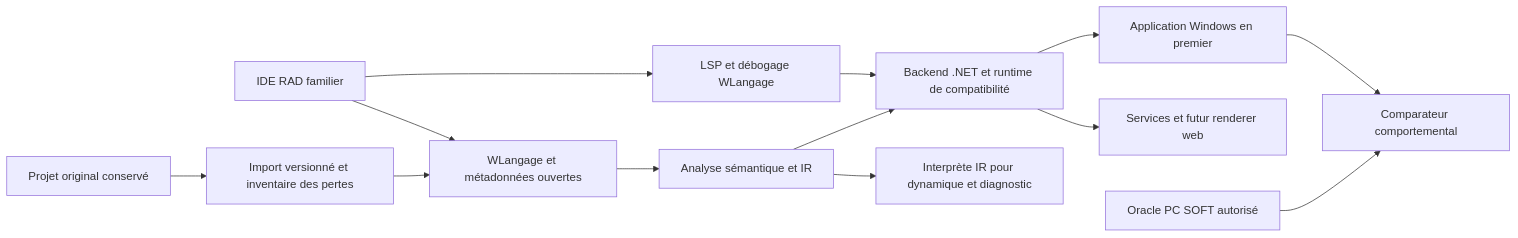
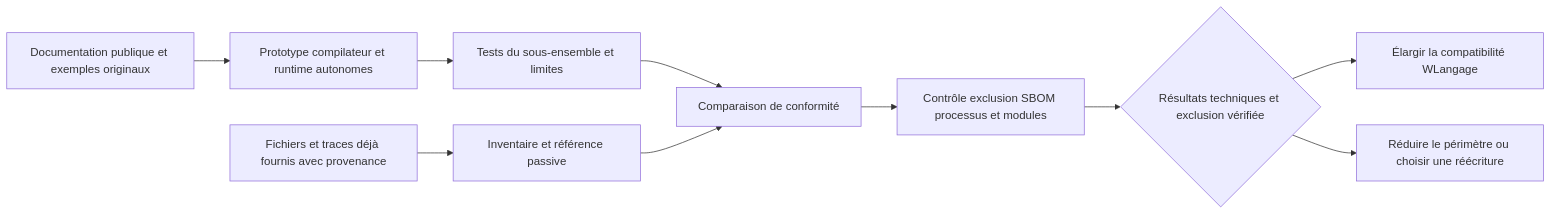
One commit to Kalexand22/wlangage-migration-research changed the diagram in docs/00-synthese-et-decisions.md. Above: the diagram before and after it, drawn with Mermaid. The commit also changed other lines of this file and 40 other files, not shown here.

````diff
--- a/docs/00-synthese-et-decisions.md
+++ b/docs/00-synthese-et-decisions.md
@@ -37,15 +54,12 @@
 ```mermaid
 flowchart LR
-  A[Projet original conservé] --> B[Import versionné et inventaire des pertes]
-  B --> C[WLangage et métadonnées ouvertes]
-  C --> D[Analyse sémantique et IR]
-  D --> E[Backend .NET et runtime de compatibilité]
-  D --> F[Interprète IR pour dynamique et diagnostic]
-  E --> G[Application Windows en premier]
-  E --> H[Services et futur renderer web]
-  I[IDE RAD familier] --> C
-  I --> J[LSP et débogage WLangage]
-  J --> E
-  K[Oracle PC SOFT autorisé] --> L[Comparateur comportemental]
-  G --> L
+  A[Documentation publique et exemples originaux] --> B[Prototype compilateur et runtime autonomes]
+  B --> C[Tests du sous-ensemble et limites]
+  D[Fichiers et traces déjà fournis avec provenance] --> E[Inventaire et référence passive]
+  C --> F[Comparaison de conformité]
+  E --> F
+  F --> J[Contrôle exclusion SBOM processus et modules]
+  J --> G{Résultats techniques et exclusion vérifiée}
+  G --> H[Élargir la compatibilité WLangage]
+  G --> I[Réduire le périmètre ou choisir une réécriture]
 ```
````
